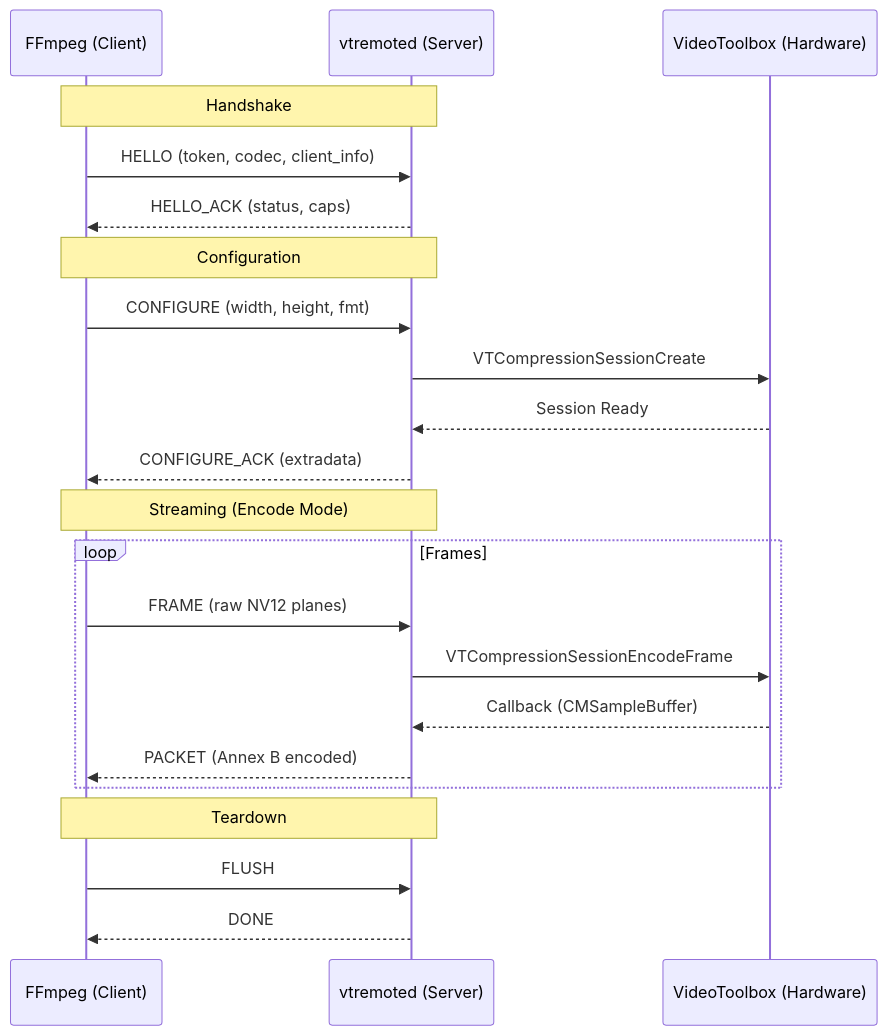
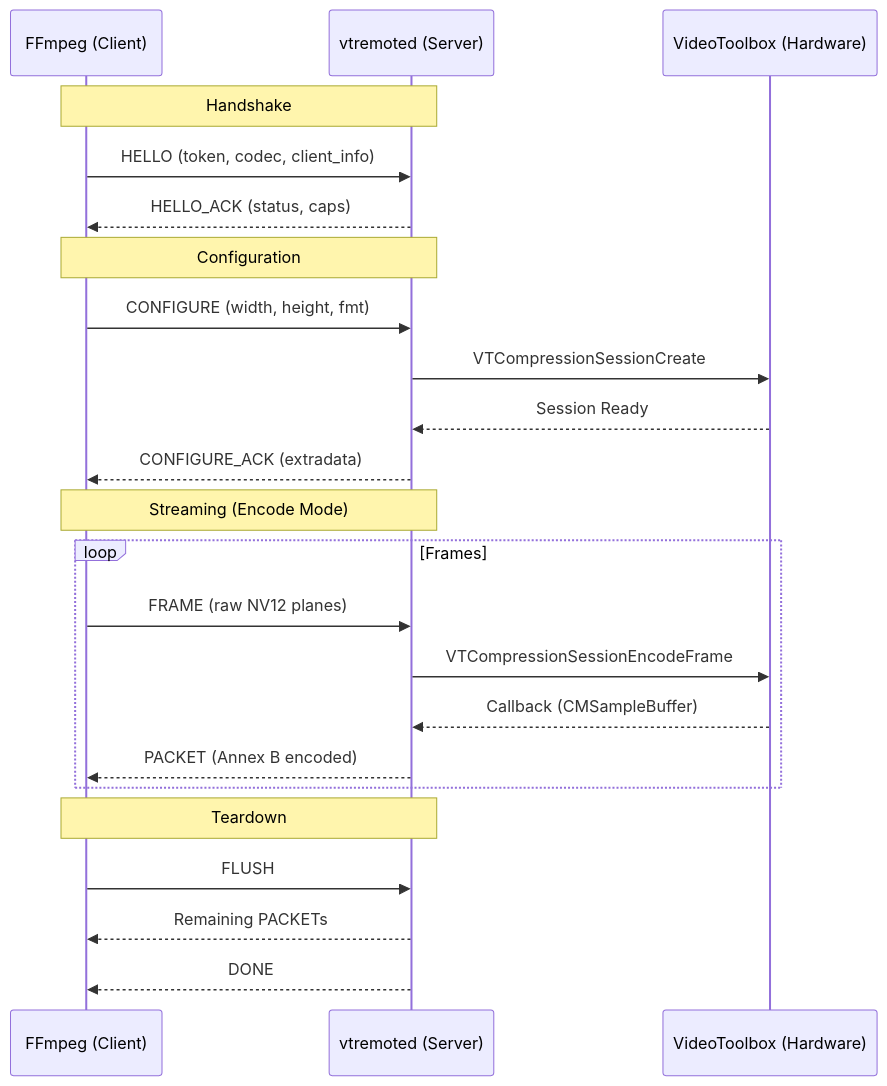
The diagram in docs/protocol.md (davelindo/videotoolbox_remote), drawn with Mermaid before and after one commit. The commit also changed other lines of this file and 25 other files, not shown here.

````diff
--- a/docs/protocol.md
+++ b/docs/protocol.md
@@ -26,28 +26,29 @@
 ```mermaid
 sequenceDiagram
     participant C as FFmpeg (Client)
     participant S as vtremoted (Server)
     participant VT as VideoToolbox (Hardware)
 
     Note over C,S: Handshake
     C->>S: HELLO (token, codec, client_info)
     S-->>C: HELLO_ACK (status, caps)
 
     Note over C,S: Configuration
     C->>S: CONFIGURE (width, height, fmt)
     S->>VT: VTCompressionSessionCreate
     VT-->>S: Session Ready
     S-->>C: CONFIGURE_ACK (extradata)
 
     Note over C,S: Streaming (Encode Mode)
     loop Frames
         C->>S: FRAME (raw NV12 planes)
         S->>VT: VTCompressionSessionEncodeFrame
         VT-->>S: Callback (CMSampleBuffer)
         S-->>C: PACKET (Annex B encoded)
     end
 
     Note over C,S: Teardown
     C->>S: FLUSH
+    S-->>C: Remaining PACKETs
     S-->>C: DONE
 ```
````
